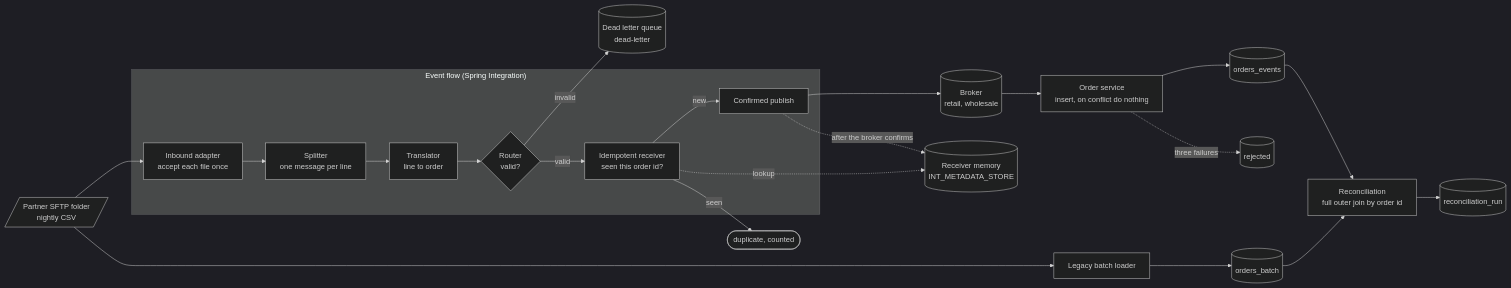
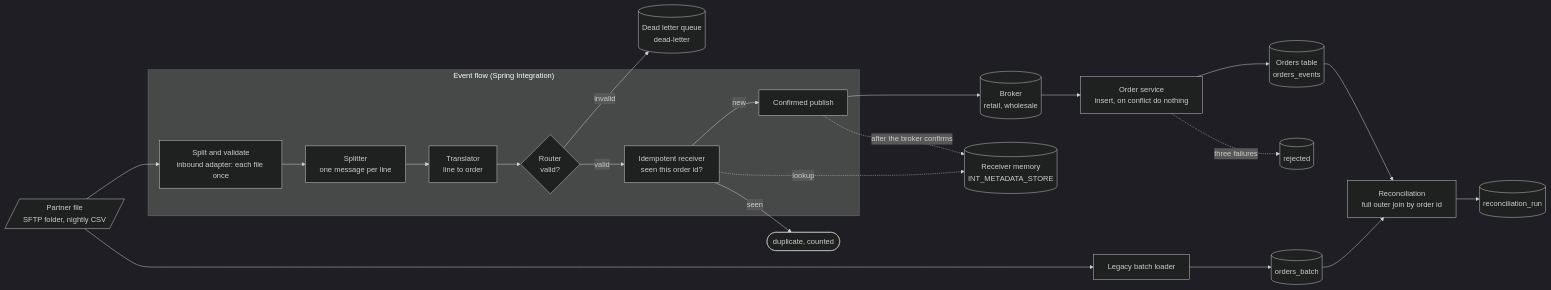
One commit to plainround-projects/batch-integration-replace-a-file-drop changed the diagram in ARCHITECTURE.md. Above: the diagram before and after it, drawn with Mermaid (dark theme). The commit also changed other lines of this file and 1 other file, not shown here.

Commit message:
docs: architecture and changelog use the lesson's component names

````diff
--- a/ARCHITECTURE.md
+++ b/ARCHITECTURE.md
@@ -27,35 +28,35 @@
 ```mermaid
 flowchart LR
-    partner[/"Partner SFTP folder<br/>nightly CSV"/]
+    partner[/"Partner file<br/>SFTP folder, nightly CSV"/]
     subgraph flow["Event flow (Spring Integration)"]
-        inbound["Inbound adapter<br/>accept each file once"]
+        inbound["Split and validate<br/>inbound adapter: each file once"]
         split["Splitter<br/>one message per line"]
         trans["Translator<br/>line to order"]
         route{"Router<br/>valid?"}
         idem["Idempotent receiver<br/>seen this order id?"]
         pub["Confirmed publish"]
     end
     memory[("Receiver memory<br/>INT_METADATA_STORE")]
     dlq[("Dead letter queue<br/>dead-letter")]
     broker[("Broker<br/>retail, wholesale")]
     rejected[("rejected")]
     svc["Order service<br/>insert, on conflict do nothing"]
-    events[("orders_events")]
+    events[("Orders table<br/>orders_events")]
     legacy["Legacy batch loader"]
     batch[("orders_batch")]
     recon["Reconciliation<br/>full outer join by order id"]
     history[("reconciliation_run")]
     partner --> inbound --> split --> trans --> route
     route -- "invalid" --> dlq
     route -- "valid" --> idem
     idem -- "new" --> pub --> broker
     pub -. "after the broker confirms" .-> memory
     idem -. "lookup" .-> memory
     idem -- "seen" --> dup(["duplicate, counted"])
     broker --> svc --> events
     svc -. "three failures" .-> rejected
     partner --> legacy --> batch
     events --> recon
     batch --> recon
     recon --> history
 ```
````
